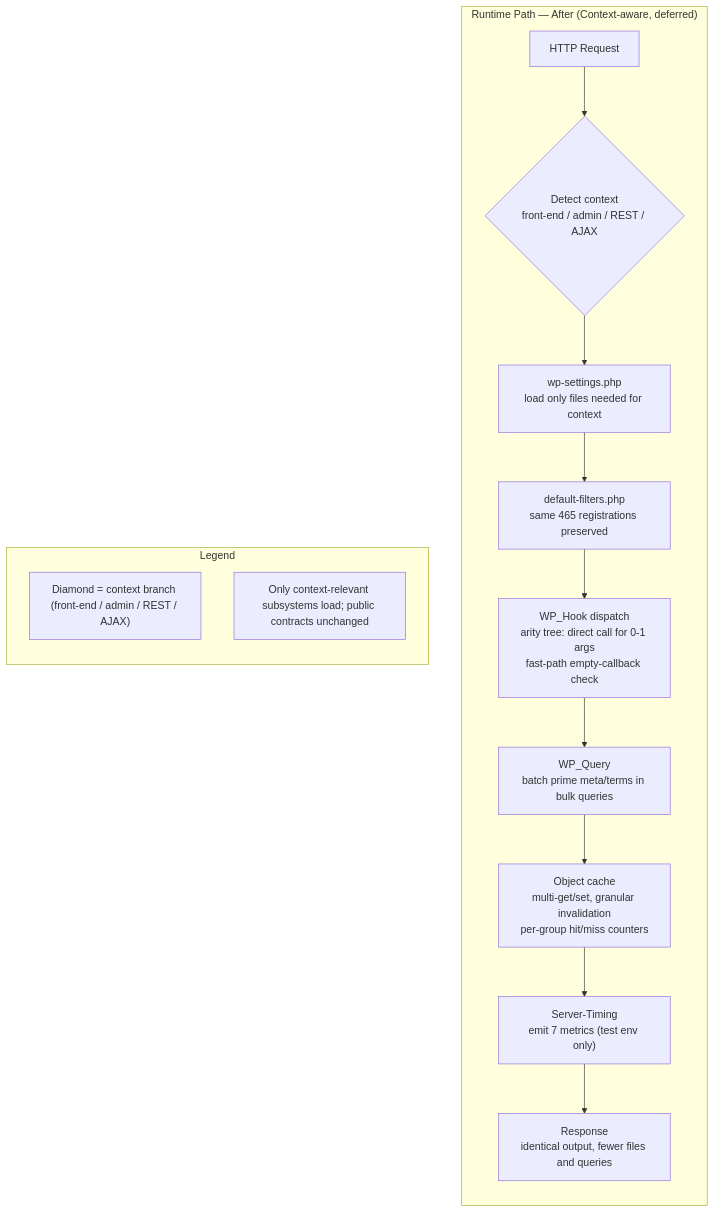
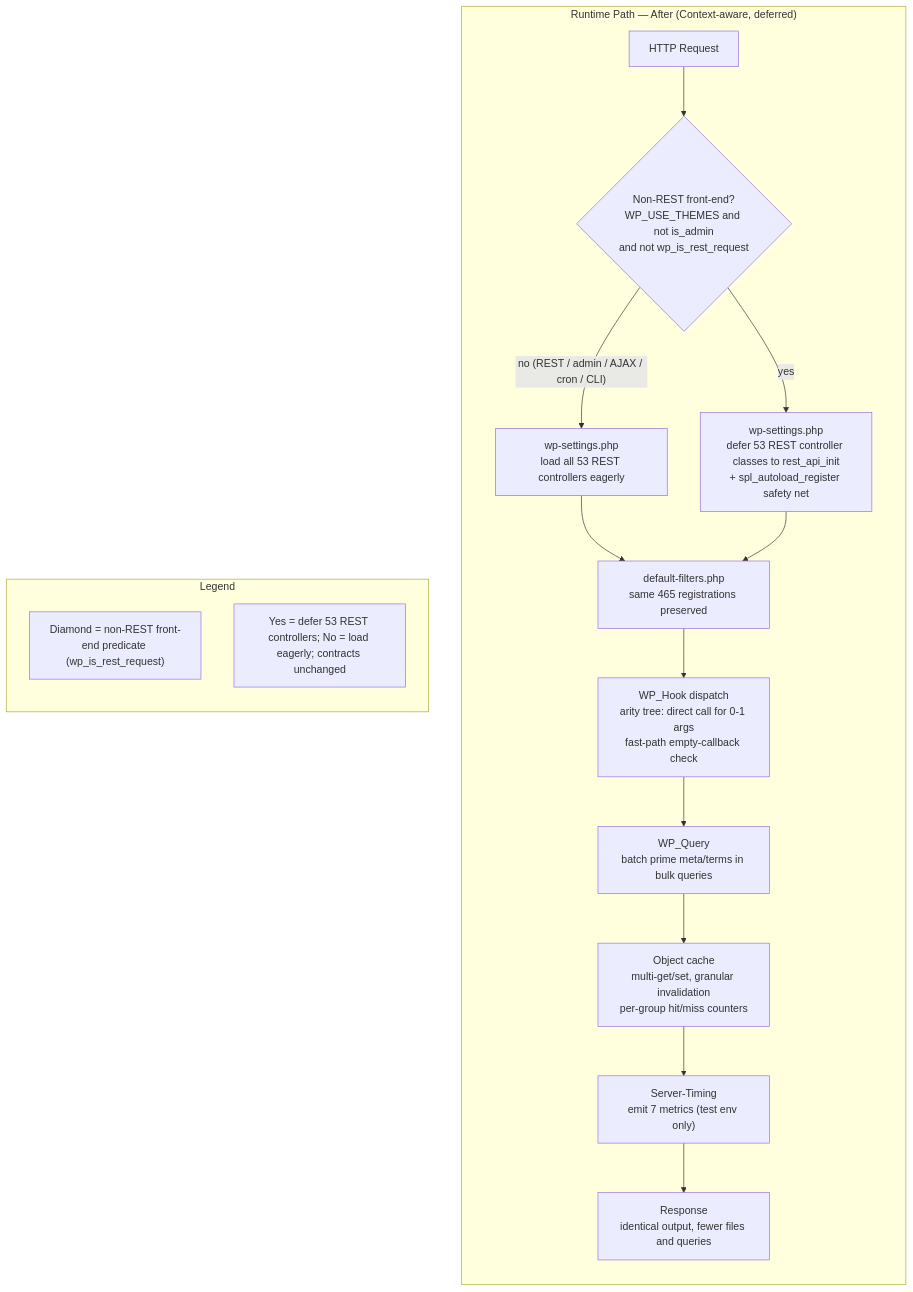
One commit to Blitzy-Sandbox/blitzy-wordpress changed the fourth of 5 diagrams in benchmarks/results/performance-dashboard.md. Above: the diagram before and after it, drawn with Mermaid. The commit also changed other lines of this file and 10 other files, not shown here.

First line of the commit message:
Resolve CP5 code-review findings: REST autoloader safety net, permalink memo key, doc fidelity

````diff
--- a/benchmarks/results/performance-dashboard.md
+++ b/benchmarks/results/performance-dashboard.md
@@ -202,19 +203,21 @@
 ```mermaid
 flowchart TD
     subgraph AFTER["Runtime Path — After (Context-aware, deferred)"]
         direction TB
-        A2["HTTP Request"] --> CTX{"Detect context<br/>front-end / admin / REST / AJAX"}
-        CTX --> B2["wp-settings.php<br/>load only files needed for context"]
+        A2["HTTP Request"] --> CTX{"Non-REST front-end?<br/>WP_USE_THEMES and not is_admin<br/>and not wp_is_rest_request"}
+        CTX -->|"yes"| B2["wp-settings.php<br/>defer 53 REST controller classes to rest_api_init<br/>+ spl_autoload_register safety net"]
+        CTX -->|"no (REST / admin / AJAX / cron / CLI)"| B3["wp-settings.php<br/>load all 53 REST controllers eagerly"]
+        B3 --> D2
         B2 --> D2["default-filters.php<br/>same 465 registrations preserved"]
         D2 --> E2["WP_Hook dispatch<br/>arity tree: direct call for 0-1 args<br/>fast-path empty-callback check"]
         E2 --> F2["WP_Query<br/>batch prime meta/terms in bulk queries"]
         F2 --> G2["Object cache<br/>multi-get/set, granular invalidation<br/>per-group hit/miss counters"]
         G2 --> ST["Server-Timing<br/>emit 7 metrics (test env only)"]
         ST --> H2["Response<br/>identical output, fewer files and queries"]
     end
     subgraph LEGA["Legend"]
         direction TB
-        LA1["Diamond = context branch (front-end / admin / REST / AJAX)"]
-        LA2["Only context-relevant subsystems load; public contracts unchanged"]
+        LA1["Diamond = non-REST front-end predicate (wp_is_rest_request)"]
+        LA2["Yes = defer 53 REST controllers; No = load eagerly; contracts unchanged"]
     end
 ```
````
